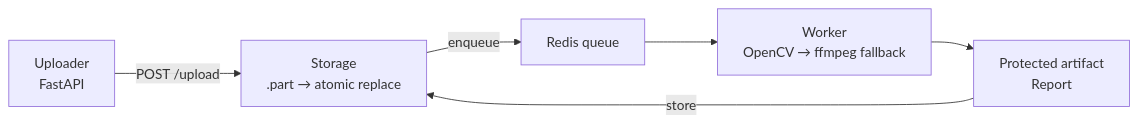
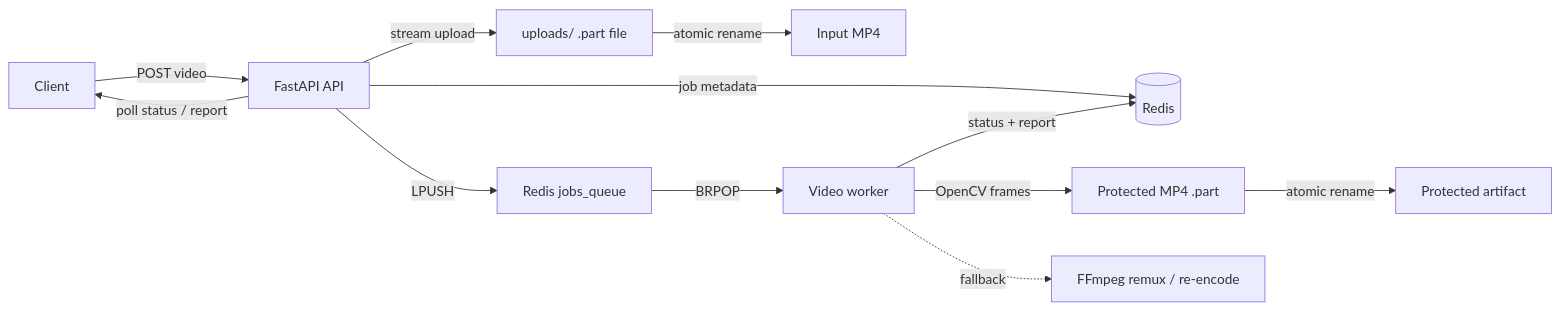
Before and after one commit to Sakshi8365/Adversarial-Video-Poisoning-Content-Protection-Pipeline: the diagram in README.md, drawn with Mermaid. The commit also changed other lines of this file, not shown here.

````diff
--- a/README.md
+++ b/README.md
@@ -27,8 +29,14 @@
 ```mermaid
 flowchart LR
-	U[Uploader<br/>FastAPI] --> |"POST /upload"| S[Storage<br/>.part → atomic replace]
-	S --> |enqueue| Q[Redis queue]
-	Q --> W[Worker<br/>OpenCV → ffmpeg fallback]
-	W --> R[Protected artifact<br/>Report]
-	R --> |store| S
+		C[Client] -->|POST video| A[FastAPI API]
+		A -->|stream upload| U[uploads/ .part file]
+		U -->|atomic rename| F[Input MP4]
+		A -->|job metadata| R[(Redis)]
+		A -->|LPUSH| Q[Redis jobs_queue]
+		Q -->|BRPOP| W[Video worker]
+		W -->|OpenCV frames| P[Protected MP4 .part]
+		W -.->|fallback| X[FFmpeg remux / re-encode]
+		P -->|atomic rename| O[Protected artifact]
+		W -->|status + report| R
+		A -->|poll status / report| C
 ```
````
